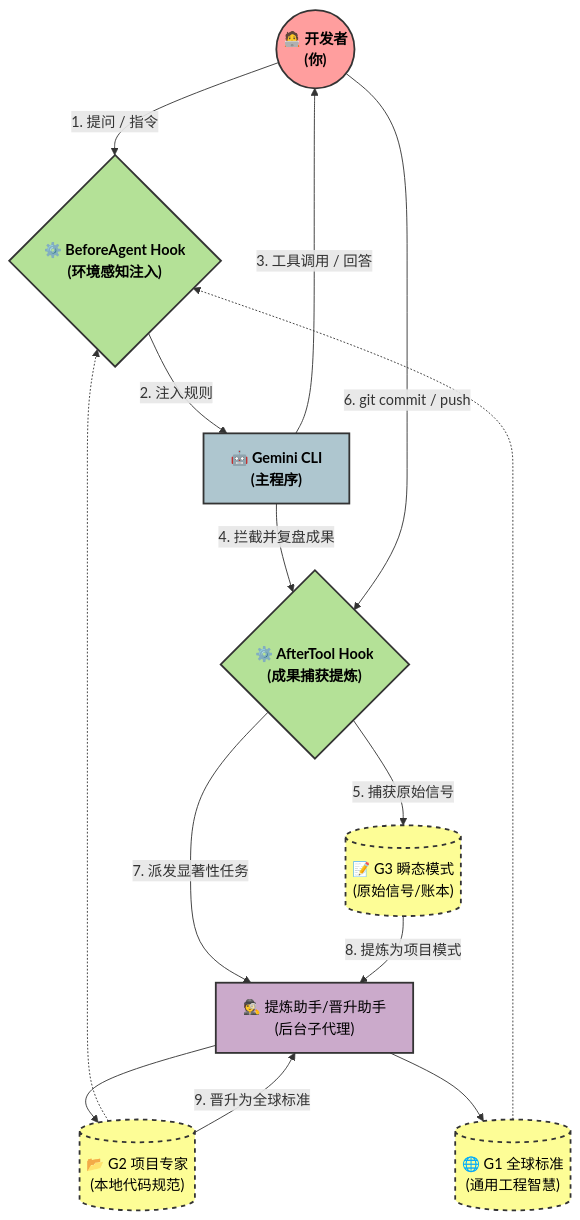
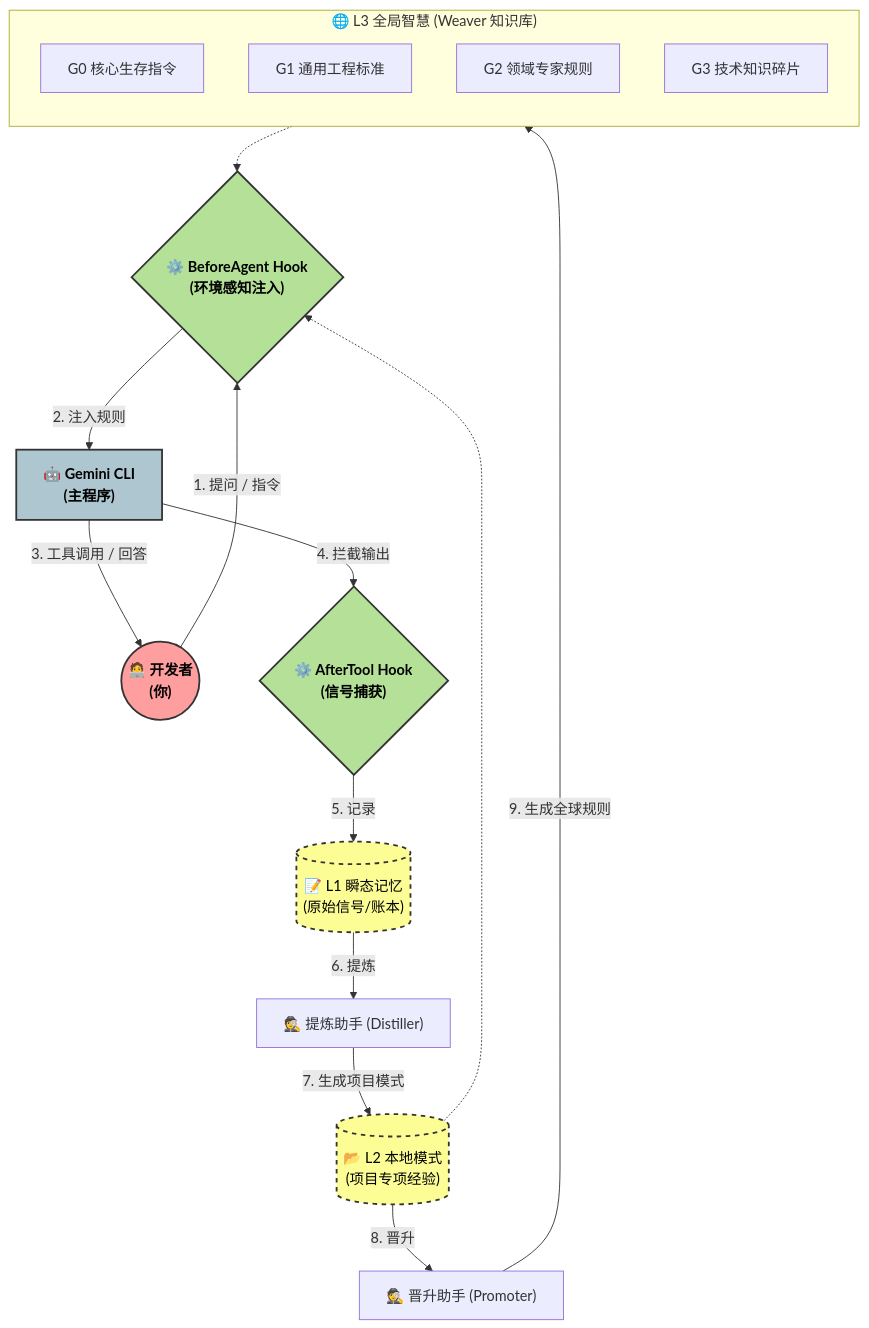
One commit to Biogod2020/ASSA changed the first of 2 diagrams in README_CN.md. Above: the diagram before and after it, drawn with Mermaid. The commit also changed other lines of this file and 1 other file, not shown here.

Commit message:
docs: finalize architecture diagrams and text with L1-L3 evolutionary model and G0-G3 global hierarchy

````diff
--- a/README_CN.md
+++ b/README_CN.md
@@ -19,43 +19,46 @@
 ```mermaid
 flowchart TD
     %% Define Styles
     classDef userNode fill:#FF9E9E,stroke:#333,stroke-width:2px,color:#000,font-weight:bold
     classDef geminiNode fill:#AEC6CF,stroke:#333,stroke-width:2px,color:#000,font-weight:bold
     classDef assaNode fill:#B4E197,stroke:#333,stroke-width:2px,color:#000,font-weight:bold
     classDef memoryNode fill:#FDFD96,stroke:#333,stroke-width:2px,color:#000,stroke-dasharray: 5 5
-    classDef subAgentNode fill:#CBAACB,stroke:#333,stroke-width:2px,color:#000
+    classDef globalNode fill:#85C1E9,stroke:#333,stroke-width:2px,color:#000
 
     %% Nodes
     User(("🧑‍💻 开发者<br/>(你)")):::userNode
     Gemini["🤖 Gemini CLI<br/>(主程序)"]:::geminiNode
     Hook_Before{"⚙️ BeforeAgent Hook<br/>(环境感知注入)"}:::assaNode
-    Hook_After{"⚙️ AfterTool Hook<br/>(成果捕获提炼)"}:::assaNode
+    Hook_After{"⚙️ AfterTool Hook<br/>(信号捕获)"}:::assaNode
     
-    Mem_G3[("📝 G3 瞬态模式<br/>(原始信号/账本)")]:::memoryNode
-    Mem_G2[("📂 G2 项目专家<br/>(本地代码规范)")]:::memoryNode
-    Mem_G1[("🌐 G1 全球标准<br/>(通用工程智慧)")]:::memoryNode
+    Mem_L1[("📝 L1 瞬态记忆<br/>(原始信号/账本)")]:::memoryNode
+    Mem_L2[("📂 L2 本地模式<br/>(项目专项经验)")]:::memoryNode
     
-    SubAgent["🕵️ 提炼助手/晋升助手<br/>(后台子代理)"]:::subAgentNode
+    subgraph L3 ["🌐 L3 全局智慧 (Weaver 知识库)"]
+        direction TB
+        G0["G0 核心生存指令"]
+        G1["G1 通用工程标准"]
+        G2["G2 领域专家规则"]
+        G3["G3 技术知识碎片"]
+    end
+    class L3 globalNode
+
+    Sub_Distill["🕵️ 提炼助手 (Distiller)"]
+    Sub_Promote["🕵️ 晋升助手 (Promoter)"]
 
     %% Flow: Normal Conversation
     User -- "1. 提问 / 指令" --> Hook_Before
     Hook_Before -- "2. 注入规则" --> Gemini
-    Mem_G2 -.-> Hook_Before
-    Mem_G1 -.-> Hook_Before
+    Mem_L2 -.-> Hook_Before
+    L3 -.-> Hook_Before
 
     Gemini -- "3. 工具调用 / 回答" --> User
-    Gemini -- "4. 拦截并复盘成果" --> Hook_After
+    Gemini -- "4. 拦截输出" --> Hook_After
     
-    %% Flow: Reflex Evolution
-    Hook_After -- "5. 捕获原始信号" --> Mem_G3
-    
-    %% Flow: Deep Evolution
-    User -- "6. git commit / push" --> Hook_After
-    Hook_After -- "7. 派发显著性任务" --> SubAgent
-    
-    %% The Sequential Chain
-    Mem_G3 -- "8. 提炼为项目模式" --> SubAgent
-    SubAgent --> Mem_G2
-    Mem_G2 -- "9. 晋升为全球标准" --> SubAgent
-    SubAgent --> Mem_G1
+    %% Flow: Evolution Chain
+    Hook_After -- "5. 记录" --> Mem_L1
+    Mem_L1 -- "6. 提炼" --> Sub_Distill
+    Sub_Distill -- "7. 生成项目模式" --> Mem_L2
+    Mem_L2 -- "8. 晋升" --> Sub_Promote
+    Sub_Promote -- "9. 生成全球规则" --> L3
 ```
````
